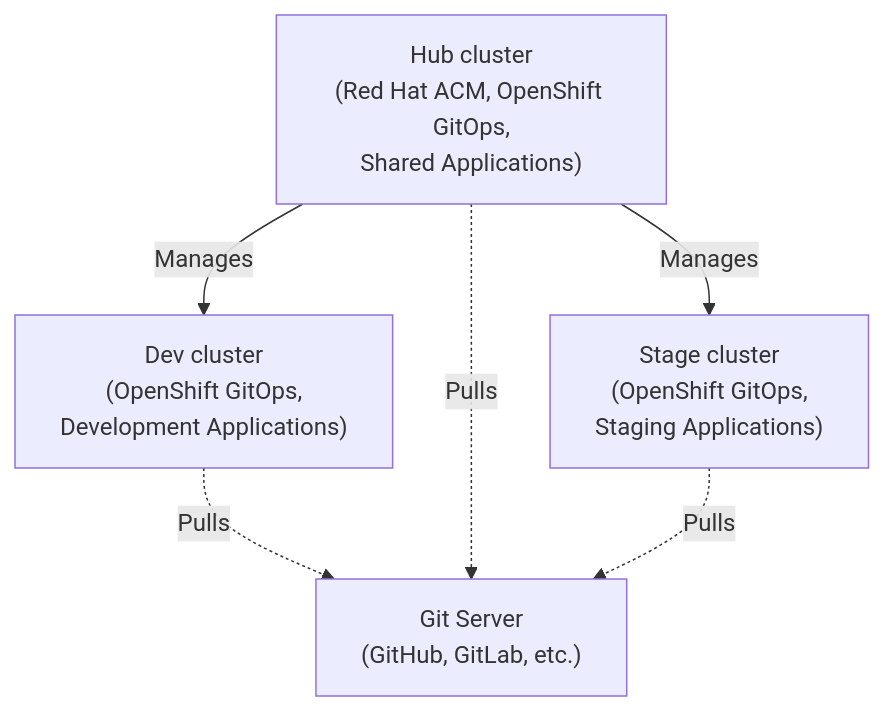
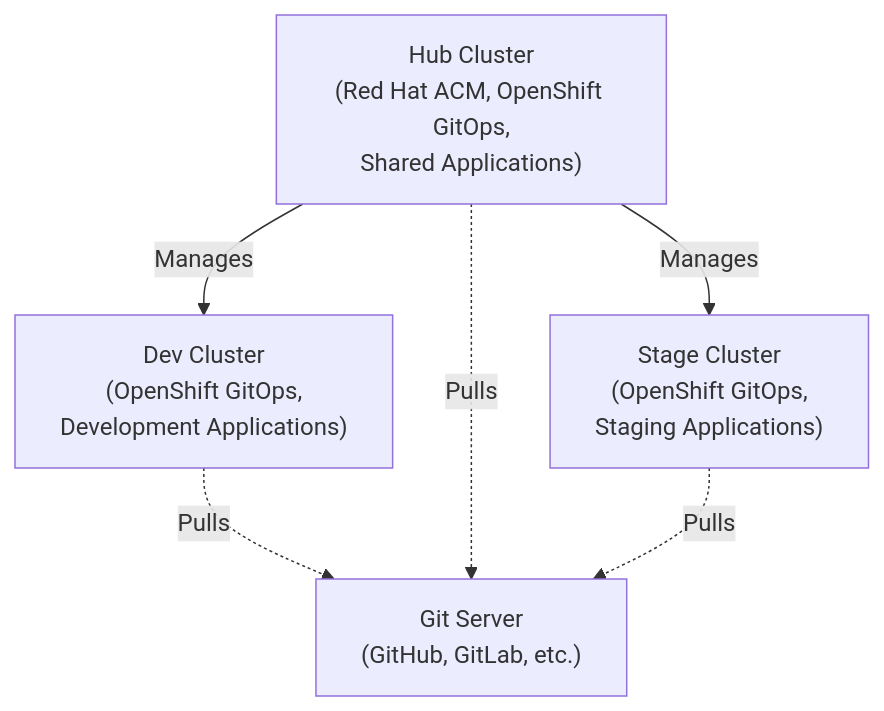
Before and after one commit to hello-world-gitops/.github: the first of 2 diagrams in profile/README.md, drawn with Mermaid. The commit also changed other lines of this file, not shown here.

Commit message:
Refactor the repos diagram

````diff
--- a/profile/README.md
+++ b/profile/README.md
@@ -20,15 +20,15 @@
 ```mermaid
 graph TD
-        Dev["Dev cluster<br />(OpenShift GitOps,<br />Development Applications)"]
-        Hub["Hub cluster<br />(Red Hat ACM, OpenShift GitOps,<br />Shared Applications)"]
-        Stage["Stage cluster<br />(OpenShift GitOps,<br />Staging Applications)"]
+        Dev["Dev Cluster<br />(OpenShift GitOps,<br />Development Applications)"]
+        Hub["Hub Cluster<br />(Red Hat ACM, OpenShift GitOps,<br />Shared Applications)"]
+        Stage["Stage Cluster<br />(OpenShift GitOps,<br />Staging Applications)"]
 
         Git["Git Server<br />(GitHub, GitLab, etc.)"]
 
         Dev -. Pulls .-> Git
         Hub -. Pulls .-> Git
         Stage -. Pulls .-> Git
 
         Hub -- Manages --> Dev
         Hub -- Manages --> Stage
 ```
````
